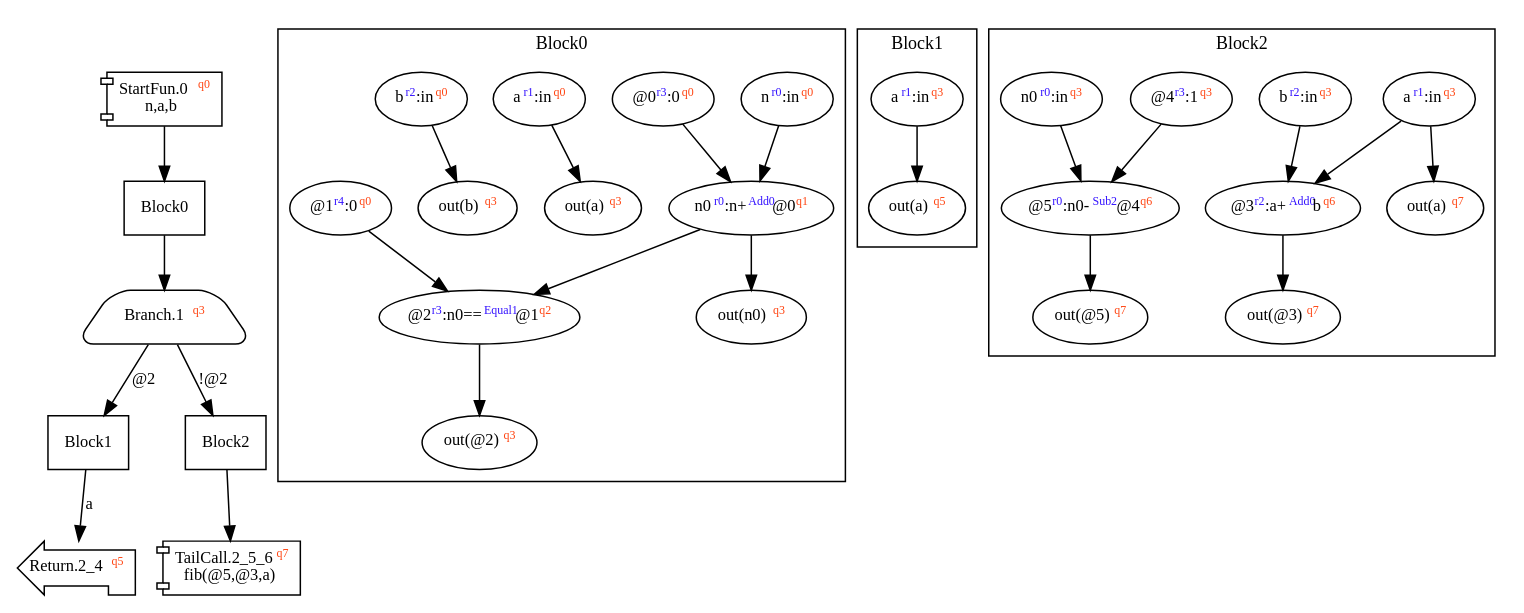
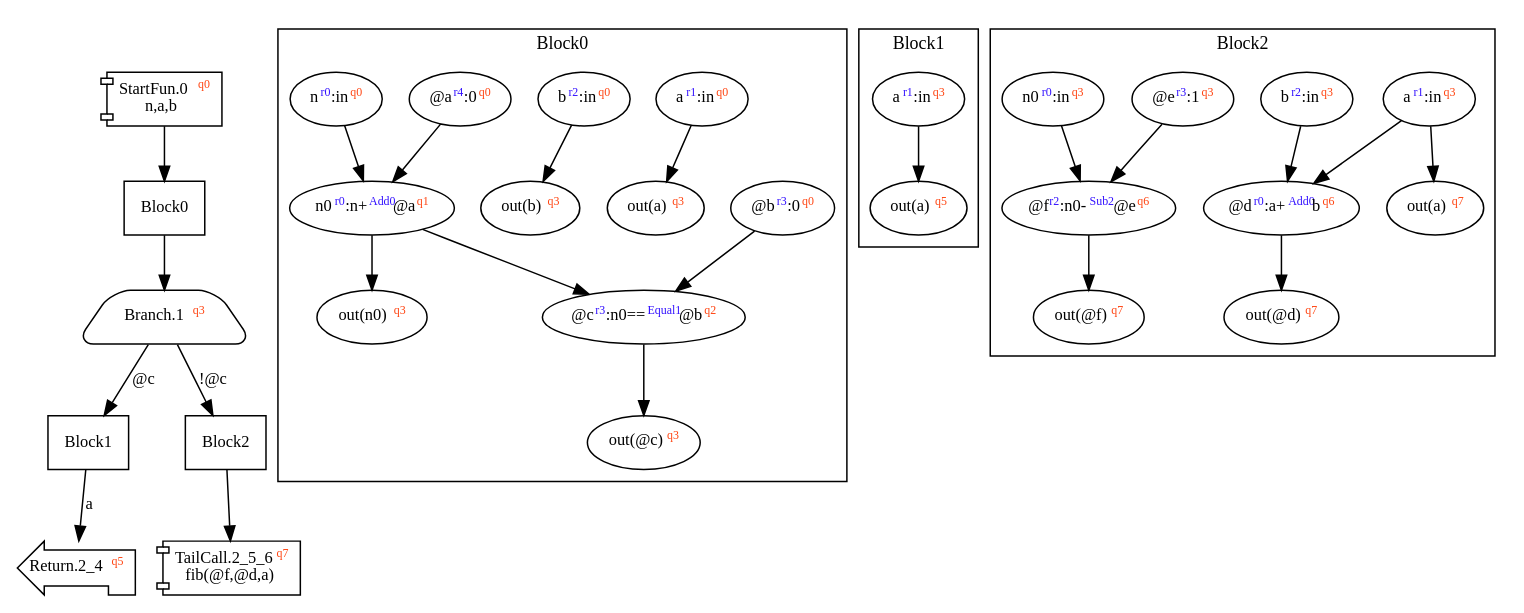
Before and after one commit to akouryy/SyntheScala: the diagram in dist/fib.dot, drawn with Graphviz. The commit also changed 11 other files, not shown here.

```diff
--- a/dist/fib.dot
+++ b/dist/fib.dot
@@ -1,30 +1,30 @@
 digraph Program_ {
 graph [fontname = "Monaco", fontsize = 12, ranksep = 0.5];
 node [shape = box, fontname = "Monaco", fontsize = 11; colorscheme = pastel19];
 edge [fontname = "Monaco", fontsize = 11; colorscheme = pastel19];
 Jump0[label = <StartFun.0<font color="#ff4411" point-size="8"><sup>q0</sup></font><br/>n,a,b>; shape = component];
 Jump0 -> Block0;
 Jump1[
   label = <Branch.1<font color="#ff4411" point-size="8"><sup>q3</sup></font>>;
   shape = trapezium; style = rounded;
 ];
 Block0 -> Jump1;
-Jump1 -> Block1 [label="@2"];
-Jump1 -> Block2 [label="!@2"];
+Jump1 -> Block1 [label="@c"];
+Jump1 -> Block2 [label="!@c"];
 Jump2_4[label = <Return.2_4<font color="#ff4411" point-size="8"><sup>q5</sup></font>>; shape = lpromoter];
 Block1 -> Jump2_4 [label="a"];
-Jump2_5_6[label = <TailCall.2_5_6<font color="#ff4411" point-size="8"><sup>q7</sup></font><br/>fib(@5,@3,a)>; shape = component];
+Jump2_5_6[label = <TailCall.2_5_6<font color="#ff4411" point-size="8"><sup>q7</sup></font><br/>fib(@f,@d,a)>; shape = component];
 Block2 -> Jump2_5_6;
 Block0 [label = "Block0"];
 Block1 [label = "Block1"];
 Block2 [label = "Block2"];
 subgraph cluster_dfg_Block0{
 node [shape = oval];
 label = "Block0";
-ndBlock0_0 [label=<out(b)<font color="#ff4411" point-size="8"><sup>q3</sup></font>>];ndBlock0_1 [label=<out(n0)<font color="#ff4411" point-size="8"><sup>q3</sup></font>>];ndBlock0_2 [label=<n<font color="#3311ff" point-size="8"><sup>r0</sup></font>:in<font color="#ff4411" point-size="8"><sup>q0</sup></font>>];ndBlock0_3 [label=<@0<font color="#3311ff" point-size="8"><sup>r3</sup></font>:0<font color="#ff4411" point-size="8"><sup>q0</sup></font>>];ndBlock0_4 [label=<n0<font color="#3311ff" point-size="8"><sup>r0</sup></font>:n+<font color="#3311ff" point-size="8"><sup>Add0</sup></font>@0<font color="#ff4411" point-size="8"><sup>q1</sup></font>>];ndBlock0_5 [label=<out(@2)<font color="#ff4411" point-size="8"><sup>q3</sup></font>>];ndBlock0_6 [label=<a<font color="#3311ff" point-size="8"><sup>r1</sup></font>:in<font color="#ff4411" point-size="8"><sup>q0</sup></font>>];ndBlock0_7 [label=<b<font color="#3311ff" point-size="8"><sup>r2</sup></font>:in<font color="#ff4411" point-size="8"><sup>q0</sup></font>>];ndBlock0_8 [label=<out(a)<font color="#ff4411" point-size="8"><sup>q3</sup></font>>];ndBlock0_9 [label=<@1<font color="#3311ff" point-size="8"><sup>r4</sup></font>:0<font color="#ff4411" point-size="8"><sup>q0</sup></font>>];ndBlock0_10 [label=<@2<font color="#3311ff" point-size="8"><sup>r3</sup></font>:n0==<font color="#3311ff" point-size="8"><sup>Equal1</sup></font>@1<font color="#ff4411" point-size="8"><sup>q2</sup></font>>];ndBlock0_10 -> ndBlock0_5; ndBlock0_6 -> ndBlock0_8; ndBlock0_2 -> ndBlock0_4; ndBlock0_3 -> ndBlock0_4; ndBlock0_4 -> ndBlock0_10; ndBlock0_9 -> ndBlock0_10; ndBlock0_7 -> ndBlock0_0; ndBlock0_4 -> ndBlock0_1; }subgraph cluster_dfg_Block1{
+ndBlock0_0 [label=<out(b)<font color="#ff4411" point-size="8"><sup>q3</sup></font>>];ndBlock0_1 [label=<out(n0)<font color="#ff4411" point-size="8"><sup>q3</sup></font>>];ndBlock0_2 [label=<@b<font color="#3311ff" point-size="8"><sup>r3</sup></font>:0<font color="#ff4411" point-size="8"><sup>q0</sup></font>>];ndBlock0_3 [label=<out(@c)<font color="#ff4411" point-size="8"><sup>q3</sup></font>>];ndBlock0_4 [label=<a<font color="#3311ff" point-size="8"><sup>r1</sup></font>:in<font color="#ff4411" point-size="8"><sup>q0</sup></font>>];ndBlock0_5 [label=<b<font color="#3311ff" point-size="8"><sup>r2</sup></font>:in<font color="#ff4411" point-size="8"><sup>q0</sup></font>>];ndBlock0_6 [label=<@c<font color="#3311ff" point-size="8"><sup>r3</sup></font>:n0==<font color="#3311ff" point-size="8"><sup>Equal1</sup></font>@b<font color="#ff4411" point-size="8"><sup>q2</sup></font>>];ndBlock0_7 [label=<@a<font color="#3311ff" point-size="8"><sup>r4</sup></font>:0<font color="#ff4411" point-size="8"><sup>q0</sup></font>>];ndBlock0_8 [label=<n<font color="#3311ff" point-size="8"><sup>r0</sup></font>:in<font color="#ff4411" point-size="8"><sup>q0</sup></font>>];ndBlock0_9 [label=<n0<font color="#3311ff" point-size="8"><sup>r0</sup></font>:n+<font color="#3311ff" point-size="8"><sup>Add0</sup></font>@a<font color="#ff4411" point-size="8"><sup>q1</sup></font>>];ndBlock0_10 [label=<out(a)<font color="#ff4411" point-size="8"><sup>q3</sup></font>>];ndBlock0_4 -> ndBlock0_10; ndBlock0_6 -> ndBlock0_3; ndBlock0_2 -> ndBlock0_6; ndBlock0_9 -> ndBlock0_6; ndBlock0_7 -> ndBlock0_9; ndBlock0_8 -> ndBlock0_9; ndBlock0_5 -> ndBlock0_0; ndBlock0_9 -> ndBlock0_1; }subgraph cluster_dfg_Block1{
 node [shape = oval];
 label = "Block1";
 ndBlock1_0 [label=<a<font color="#3311ff" point-size="8"><sup>r1</sup></font>:in<font color="#ff4411" point-size="8"><sup>q3</sup></font>>];ndBlock1_1 [label=<out(a)<font color="#ff4411" point-size="8"><sup>q5</sup></font>>];ndBlock1_0 -> ndBlock1_1; }subgraph cluster_dfg_Block2{
 node [shape = oval];
 label = "Block2";
-ndBlock2_0 [label=<@3<font color="#3311ff" point-size="8"><sup>r2</sup></font>:a+<font color="#3311ff" point-size="8"><sup>Add0</sup></font>b<font color="#ff4411" point-size="8"><sup>q6</sup></font>>];ndBlock2_1 [label=<@4<font color="#3311ff" point-size="8"><sup>r3</sup></font>:1<font color="#ff4411" point-size="8"><sup>q3</sup></font>>];ndBlock2_2 [label=<out(@3)<font color="#ff4411" point-size="8"><sup>q7</sup></font>>];ndBlock2_3 [label=<a<font color="#3311ff" point-size="8"><sup>r1</sup></font>:in<font color="#ff4411" point-size="8"><sup>q3</sup></font>>];ndBlock2_4 [label=<out(a)<font color="#ff4411" point-size="8"><sup>q7</sup></font>>];ndBlock2_5 [label=<out(@5)<font color="#ff4411" point-size="8"><sup>q7</sup></font>>];ndBlock2_6 [label=<@5<font color="#3311ff" point-size="8"><sup>r0</sup></font>:n0-<font color="#3311ff" point-size="8"><sup>Sub2</sup></font>@4<font color="#ff4411" point-size="8"><sup>q6</sup></font>>];ndBlock2_7 [label=<b<font color="#3311ff" point-size="8"><sup>r2</sup></font>:in<font color="#ff4411" point-size="8"><sup>q3</sup></font>>];ndBlock2_8 [label=<n0<font color="#3311ff" point-size="8"><sup>r0</sup></font>:in<font color="#ff4411" point-size="8"><sup>q3</sup></font>>];ndBlock2_3 -> ndBlock2_4; ndBlock2_6 -> ndBlock2_5; ndBlock2_0 -> ndBlock2_2; ndBlock2_3 -> ndBlock2_0; ndBlock2_7 -> ndBlock2_0; ndBlock2_1 -> ndBlock2_6; ndBlock2_8 -> ndBlock2_6; }}
+ndBlock2_0 [label=<@e<font color="#3311ff" point-size="8"><sup>r3</sup></font>:1<font color="#ff4411" point-size="8"><sup>q3</sup></font>>];ndBlock2_1 [label=<@f<font color="#3311ff" point-size="8"><sup>r2</sup></font>:n0-<font color="#3311ff" point-size="8"><sup>Sub2</sup></font>@e<font color="#ff4411" point-size="8"><sup>q6</sup></font>>];ndBlock2_2 [label=<out(@d)<font color="#ff4411" point-size="8"><sup>q7</sup></font>>];ndBlock2_3 [label=<@d<font color="#3311ff" point-size="8"><sup>r0</sup></font>:a+<font color="#3311ff" point-size="8"><sup>Add0</sup></font>b<font color="#ff4411" point-size="8"><sup>q6</sup></font>>];ndBlock2_4 [label=<a<font color="#3311ff" point-size="8"><sup>r1</sup></font>:in<font color="#ff4411" point-size="8"><sup>q3</sup></font>>];ndBlock2_5 [label=<out(a)<font color="#ff4411" point-size="8"><sup>q7</sup></font>>];ndBlock2_6 [label=<out(@f)<font color="#ff4411" point-size="8"><sup>q7</sup></font>>];ndBlock2_7 [label=<b<font color="#3311ff" point-size="8"><sup>r2</sup></font>:in<font color="#ff4411" point-size="8"><sup>q3</sup></font>>];ndBlock2_8 [label=<n0<font color="#3311ff" point-size="8"><sup>r0</sup></font>:in<font color="#ff4411" point-size="8"><sup>q3</sup></font>>];ndBlock2_4 -> ndBlock2_5; ndBlock2_3 -> ndBlock2_2; ndBlock2_4 -> ndBlock2_3; ndBlock2_7 -> ndBlock2_3; ndBlock2_0 -> ndBlock2_1; ndBlock2_8 -> ndBlock2_1; ndBlock2_1 -> ndBlock2_6; }}
```
